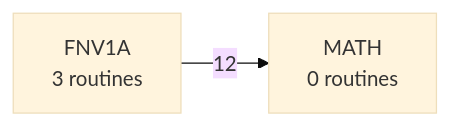
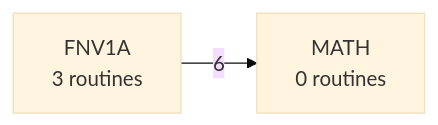
Before and after one commit to 95westus/R-YORS: the seventh of 7 diagrams in DOC/GENERATED/ROUTINE_PREFIX_MAP.md, drawn with Mermaid (base theme). The commit also changed other lines of this file and 85 other files, not shown here.

````diff
--- a/DOC/GENERATED/ROUTINE_PREFIX_MAP.md
+++ b/DOC/GENERATED/ROUTINE_PREFIX_MAP.md
@@ -97,4 +97,4 @@
 ```mermaid
 flowchart LR
-    P_FNV1A["FNV1A<br/>3 routines"] -->|12| P_MATH["MATH<br/>0 routines"]
+    P_FNV1A["FNV1A<br/>3 routines"] -->|6| P_MATH["MATH<br/>0 routines"]
 ```
````
